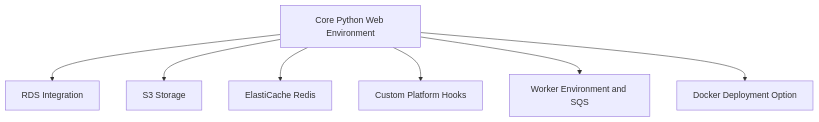
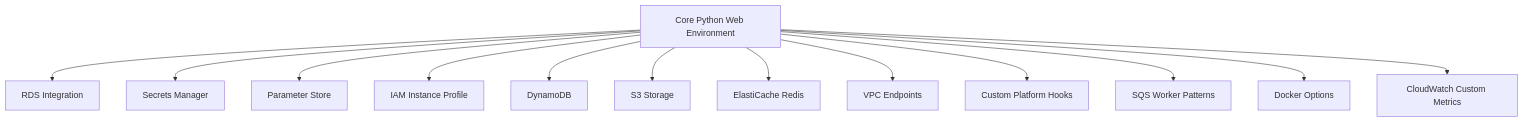
One commit to yeongseon/aws-elastic-beanstalk-practical-guide changed the diagram in docs/language-guides/python/recipes/index.md. Above: the diagram before and after it, drawn with Mermaid. The commit also changed other lines of this file and 223 other files, not shown here.

````diff
--- a/docs/language-guides/python/recipes/index.md
+++ b/docs/language-guides/python/recipes/index.md
@@ -36,9 +50,15 @@
 ```mermaid
 flowchart TD
     A[Core Python Web Environment] --> B[RDS Integration]
-    A --> C[S3 Storage]
-    A --> D[ElastiCache Redis]
-    A --> E[Custom Platform Hooks]
-    A --> F[Worker Environment and SQS]
-    A --> G[Docker Deployment Option]
+    A --> C[Secrets Manager]
+    A --> D[Parameter Store]
+    A --> E[IAM Instance Profile]
+    A --> F[DynamoDB]
+    A --> G[S3 Storage]
+    A --> H[ElastiCache Redis]
+    A --> I[VPC Endpoints]
+    A --> J[Custom Platform Hooks]
+    A --> K[SQS Worker Patterns]
+    A --> L[Docker Options]
+    A --> M[CloudWatch Custom Metrics]
 ```
````
